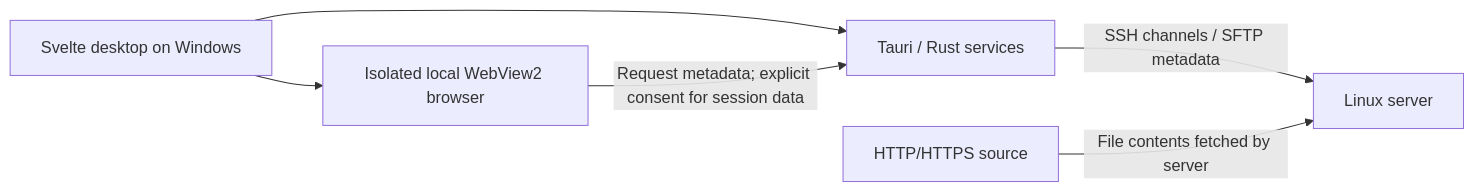
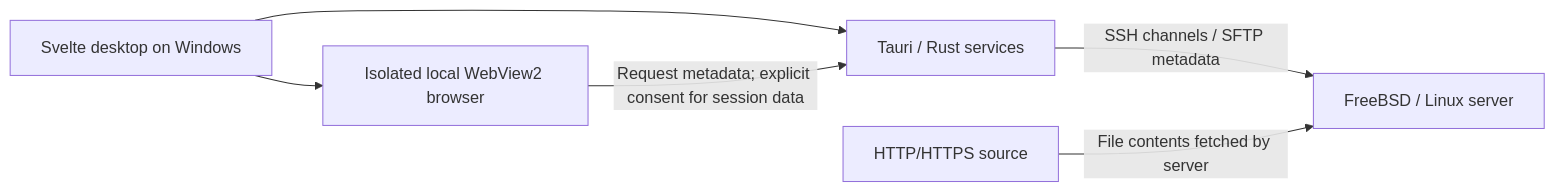
The diagram in README.md (madarlevi/ssh-virtual-desktop), drawn with Mermaid before and after one commit. The commit also changed other lines of this file and 38 other files, not shown here.

Commit message:
Add FreeBSD support and multi-tab remote downloads

````diff
--- a/README.md
+++ b/README.md
@@ -23,8 +23,8 @@
 ```mermaid
 flowchart LR
   UI[Svelte desktop on Windows] --> Native[Tauri / Rust services]
   UI --> WV[Isolated local WebView2 browser]
-  Native -->|SSH channels / SFTP metadata| Linux[Linux server]
+  Native -->|SSH channels / SFTP metadata| Remote[FreeBSD / Linux server]
   WV -->|Request metadata; explicit consent for session data| Native
-  Internet[HTTP/HTTPS source] -->|File contents fetched by server| Linux
+  Internet[HTTP/HTTPS source] -->|File contents fetched by server| Remote
 ```
````
